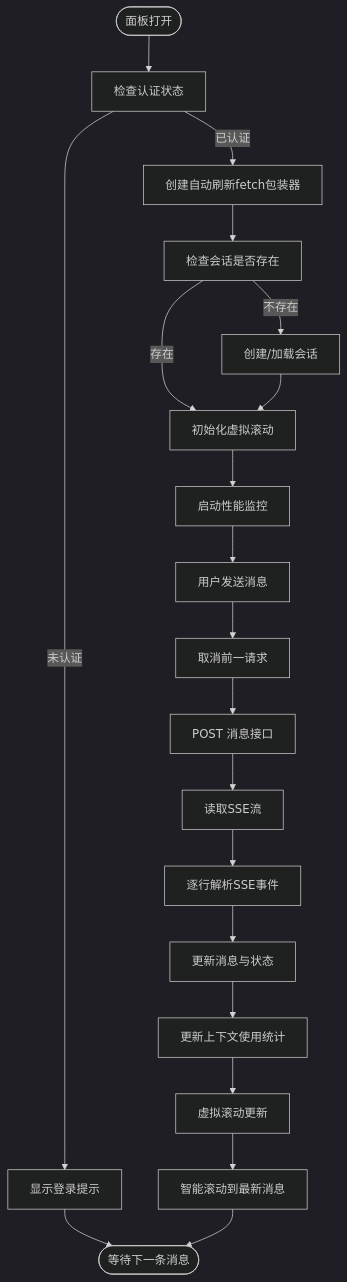
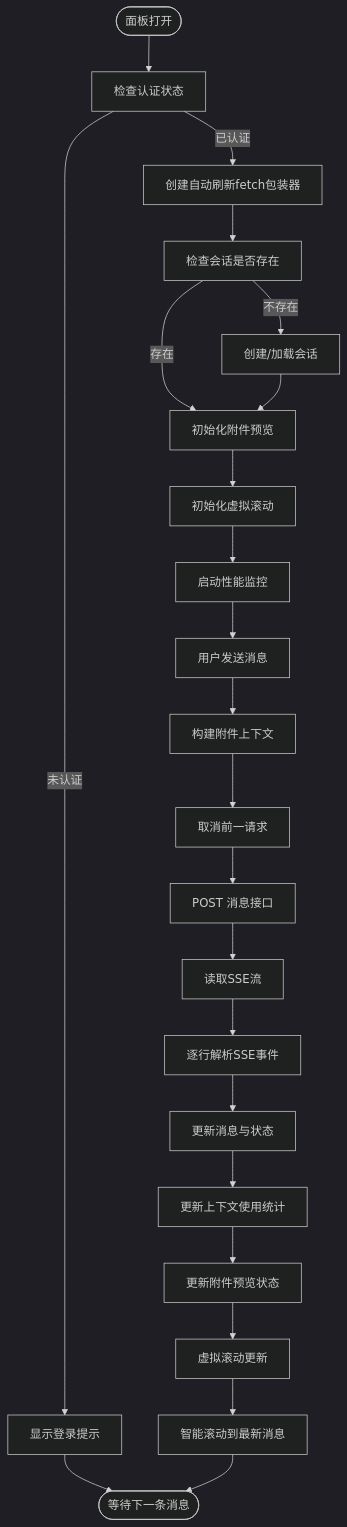
Before and after one commit to KunLabAI/KunFlix: the third of 25 diagrams in .qoder/repowiki/zh/content/前端应用架构/UI组件库/画布组件系统/AI助手面板/AI助手面板.md, drawn with Mermaid (dark theme). The commit also changed other lines of this file and 14 other files, not shown here.

````diff
--- a/.qoder/repowiki/zh/content/前端应用架构/UI组件库/画布组件系统/AI助手面板/AI助手面板.md
+++ b/.qoder/repowiki/zh/content/前端应用架构/UI组件库/画布组件系统/AI助手面板/AI助手面板.md
@@ -266,22 +306,25 @@
 ```mermaid
 flowchart TD
 Start(["面板打开"]) --> CheckAuth["检查认证状态"]
 CheckAuth --> |已认证| CreateAuthFetch["创建自动刷新fetch包装器"]
 CheckAuth --> |未认证| ShowLogin["显示登录提示"]
 CreateAuthFetch --> CheckSession["检查会话是否存在"]
 ShowLogin --> End(["等待登录"])
 CheckSession --> |不存在| CreateSession["创建/加载会话"]
-CheckSession --> |存在| InitVirtualList["初始化虚拟滚动"]
-CreateSession --> InitVirtualList
+CheckSession --> |存在| InitAttachmentPreview["初始化附件预览"]
+CreateSession --> InitAttachmentPreview
+InitAttachmentPreview --> InitVirtualList["初始化虚拟滚动"]
 InitVirtualList --> StartPerfMon["启动性能监控"]
 StartPerfMon --> SendMsg["用户发送消息"]
-SendMsg --> AbortPrev["取消前一请求"]
+SendMsg --> BuildAttachmentContext["构建附件上下文"]
+BuildAttachmentContext --> AbortPrev["取消前一请求"]
 AbortPrev --> Fetch["POST 消息接口"]
 Fetch --> ReadStream["读取SSE流"]
 ReadStream --> Parse["逐行解析SSE事件"]
 Parse --> UpdateStore["更新消息与状态"]
 UpdateStore --> UpdateContext["更新上下文使用统计"]
-UpdateContext --> VirtualScroll["虚拟滚动更新"]
+UpdateContext --> UpdateAttachmentPreview["更新附件预览状态"]
+UpdateAttachmentPreview --> VirtualScroll["虚拟滚动更新"]
 VirtualScroll --> ScrollToBottom["智能滚动到最新消息"]
 ScrollToBottom --> End(["等待下一条消息"])
 ```
````
